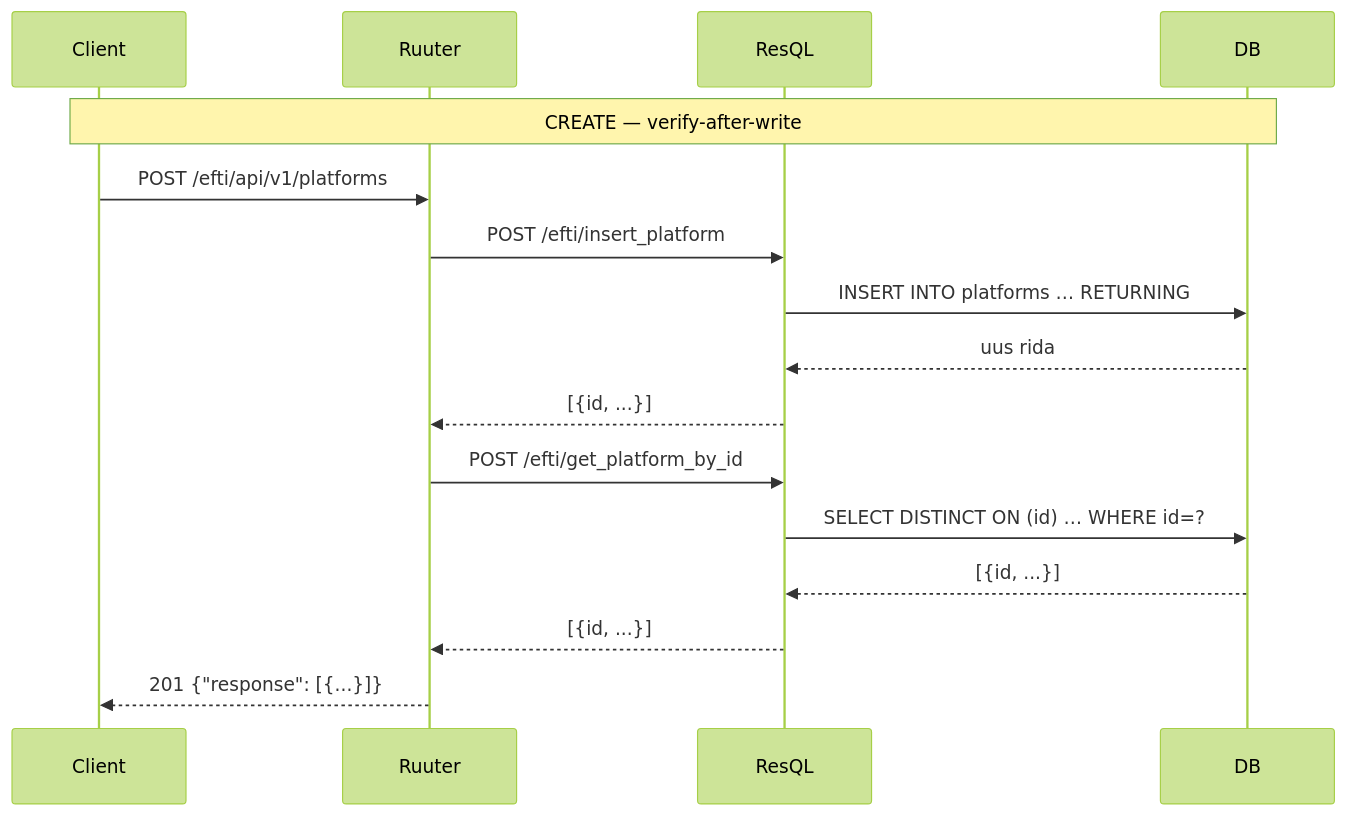
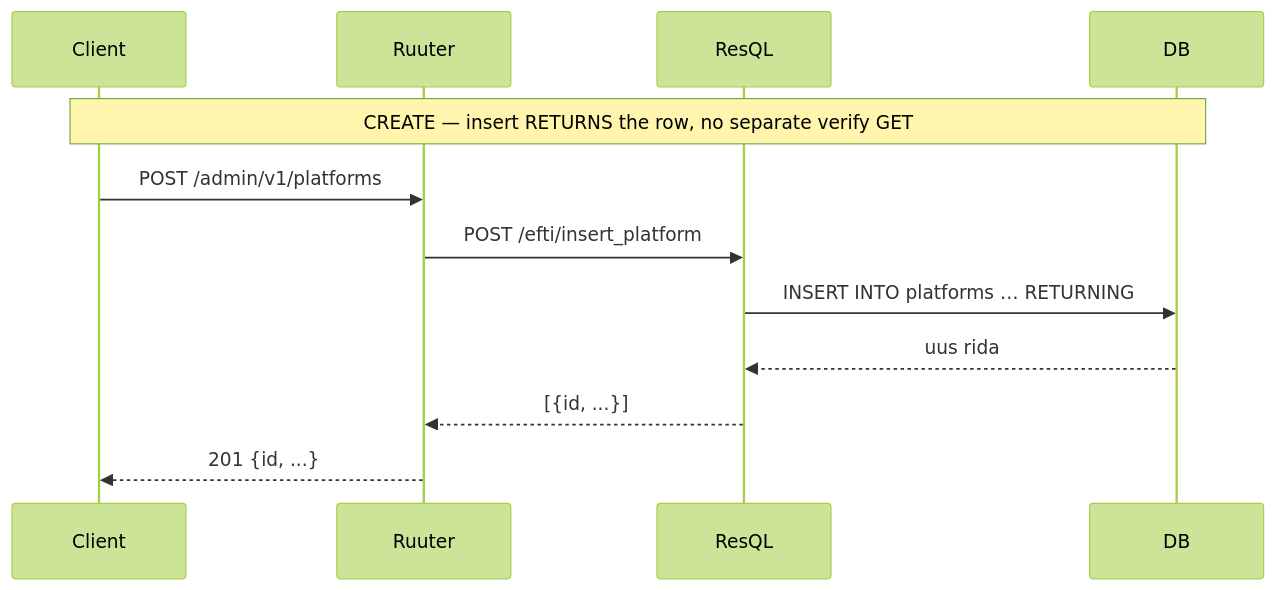
Before and after one commit to kemit-ee/efti-gate-ee: the third of 4 diagrams in docs/specs/api_endpoints.md, drawn with Mermaid (forest theme). The commit also changed other lines of this file and 1 other file, not shown here.

First line of the commit message:
docs: fix stale Ruuter DSL file-path references in api_endpoints.md and user_api_known_restrictions.md

````diff
--- a/docs/specs/api_endpoints.md
+++ b/docs/specs/api_endpoints.md
@@ -426,19 +409,15 @@
 ```mermaid
 sequenceDiagram
     participant Client
     participant Ruuter
     participant ResQL
     participant DB
 
-    Note over Client,DB: CREATE — verify-after-write
-    Client->>Ruuter: POST /efti/api/v1/platforms
+    Note over Client,DB: CREATE — insert RETURNS the row, no separate verify GET
+    Client->>Ruuter: POST /admin/v1/platforms
     Ruuter->>ResQL: POST /efti/insert_platform
     ResQL->>DB: INSERT INTO platforms … RETURNING
     DB-->>ResQL: uus rida
     ResQL-->>Ruuter: [{id, ...}]
-    Ruuter->>ResQL: POST /efti/get_platform_by_id
-    ResQL->>DB: SELECT DISTINCT ON (id) … WHERE id=?
-    DB-->>ResQL: [{id, ...}]
-    ResQL-->>Ruuter: [{id, ...}]
-    Ruuter-->>Client: 201 {"response": [{...}]}
+    Ruuter-->>Client: 201 {id, ...}
 ```
````
